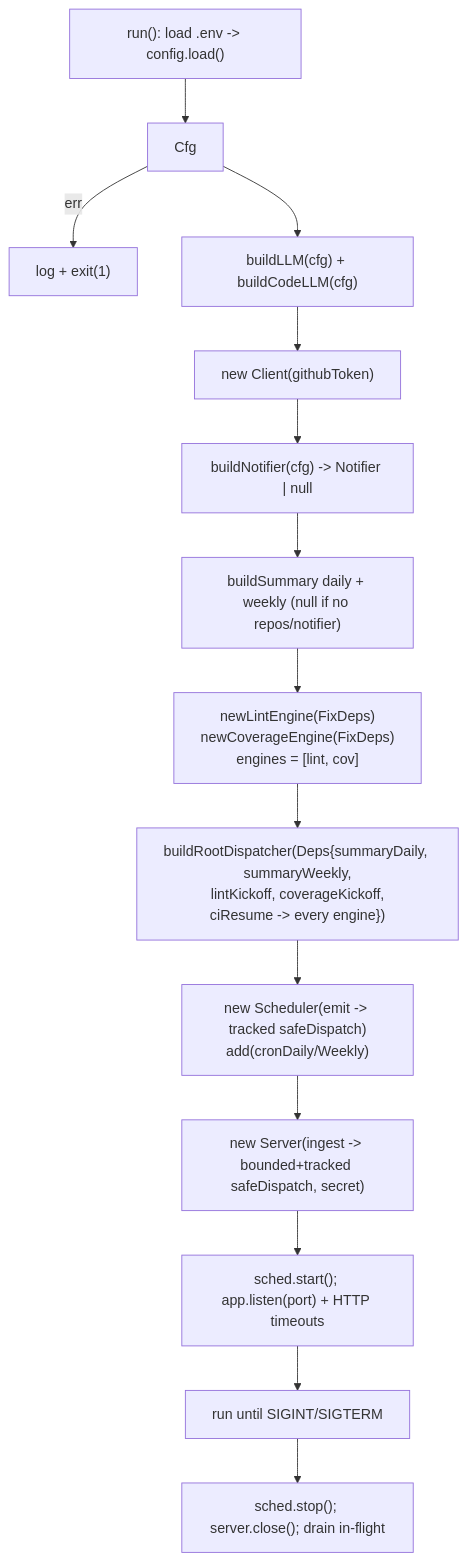
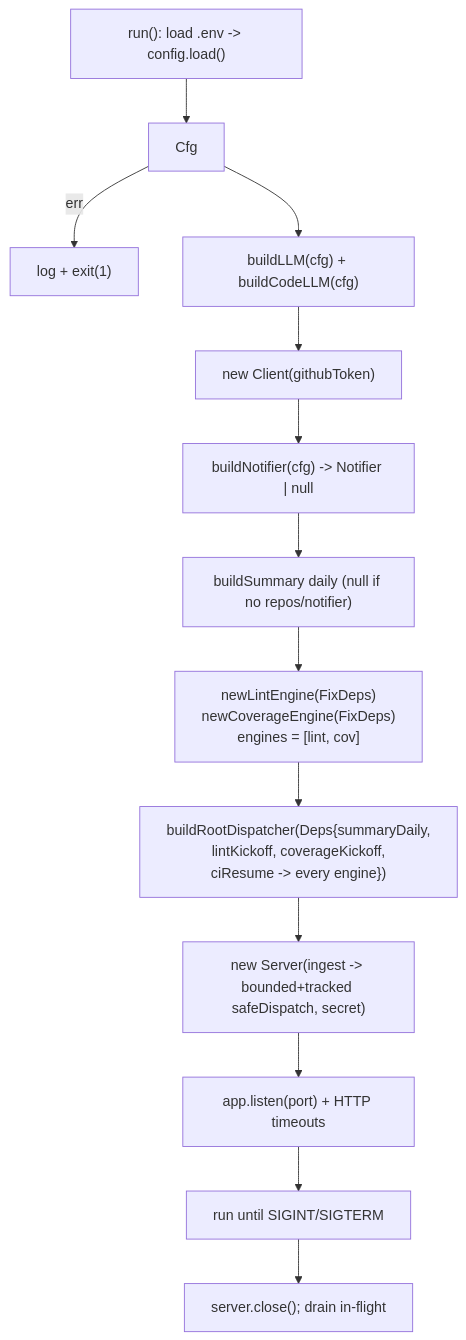
Before and after one commit to jkjamies/automation-agent: the diagram in javascript/cmd/agent/AGENTS.md, drawn with Mermaid. The commit also changed other lines of this file and 98 other files, not shown here.

First line of the commit message:
Drop in-process cron + weekly digest; Cloud Scheduler is the sole trigger (#7)

````diff
--- a/javascript/cmd/agent/AGENTS.md
+++ b/javascript/cmd/agent/AGENTS.md
@@ -5,16 +5,15 @@
 ```mermaid
 flowchart TD
     Main["run(): load .env -> config.load()"] --> Cfg
     Cfg -->|err| Fatal["log + exit(1)"]
     Cfg --> LLM["buildLLM(cfg) + buildCodeLLM(cfg)"]
     LLM --> GH["new Client(githubToken)"]
     GH --> Notif["buildNotifier(cfg) -> Notifier | null"]
-    Notif --> SumA["buildSummary daily + weekly (null if no repos/notifier)"]
+    Notif --> SumA["buildSummary daily (null if no repos/notifier)"]
     SumA --> Eng["newLintEngine(FixDeps)\nnewCoverageEngine(FixDeps)\nengines = [lint, cov]"]
-    Eng --> Disp["buildRootDispatcher(Deps{summaryDaily, summaryWeekly,\nlintKickoff, coverageKickoff,\nciResume -> every engine})"]
-    Disp --> Sched["new Scheduler(emit -> tracked safeDispatch)\nadd(cronDaily/Weekly)"]
-    Sched --> Web["new Server(ingest -> bounded+tracked safeDispatch, secret)"]
-    Web --> Listen["sched.start(); app.listen(port) + HTTP timeouts"]
+    Eng --> Disp["buildRootDispatcher(Deps{summaryDaily,\nlintKickoff, coverageKickoff,\nciResume -> every engine})"]
+    Disp --> Web["new Server(ingest -> bounded+tracked safeDispatch, secret)"]
+    Web --> Listen["app.listen(port) + HTTP timeouts"]
     Listen --> Block["run until SIGINT/SIGTERM"]
-    Block --> Shutdown["sched.stop(); server.close(); drain in-flight"]
+    Block --> Shutdown["server.close(); drain in-flight"]
 ```
````
